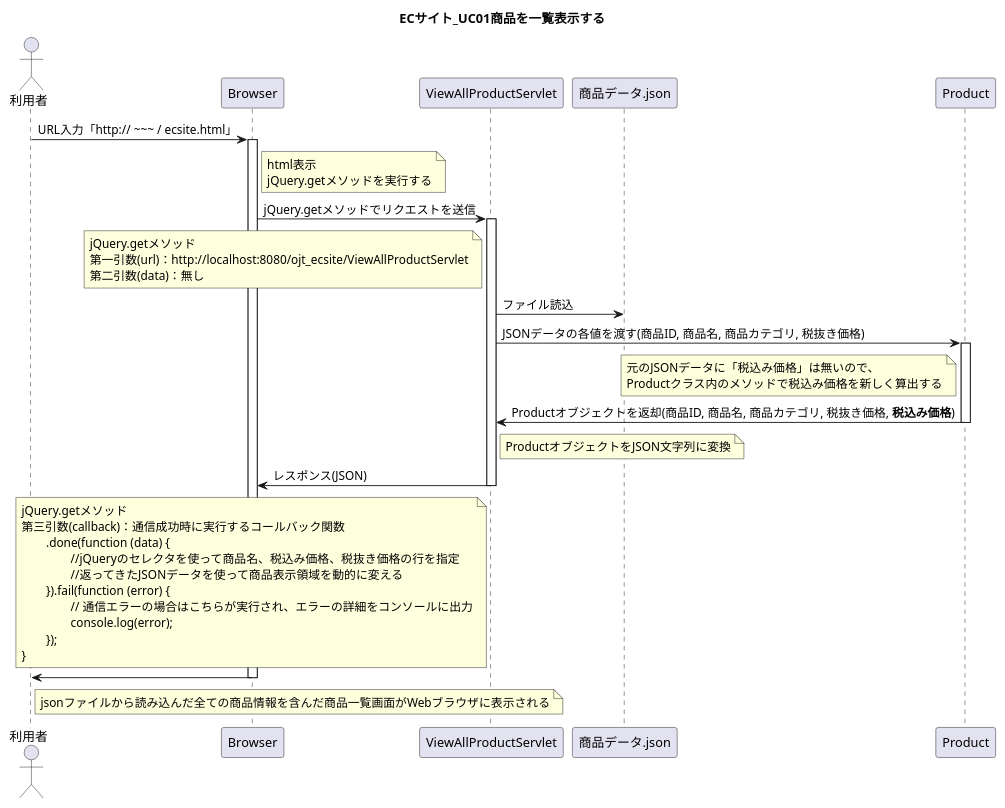
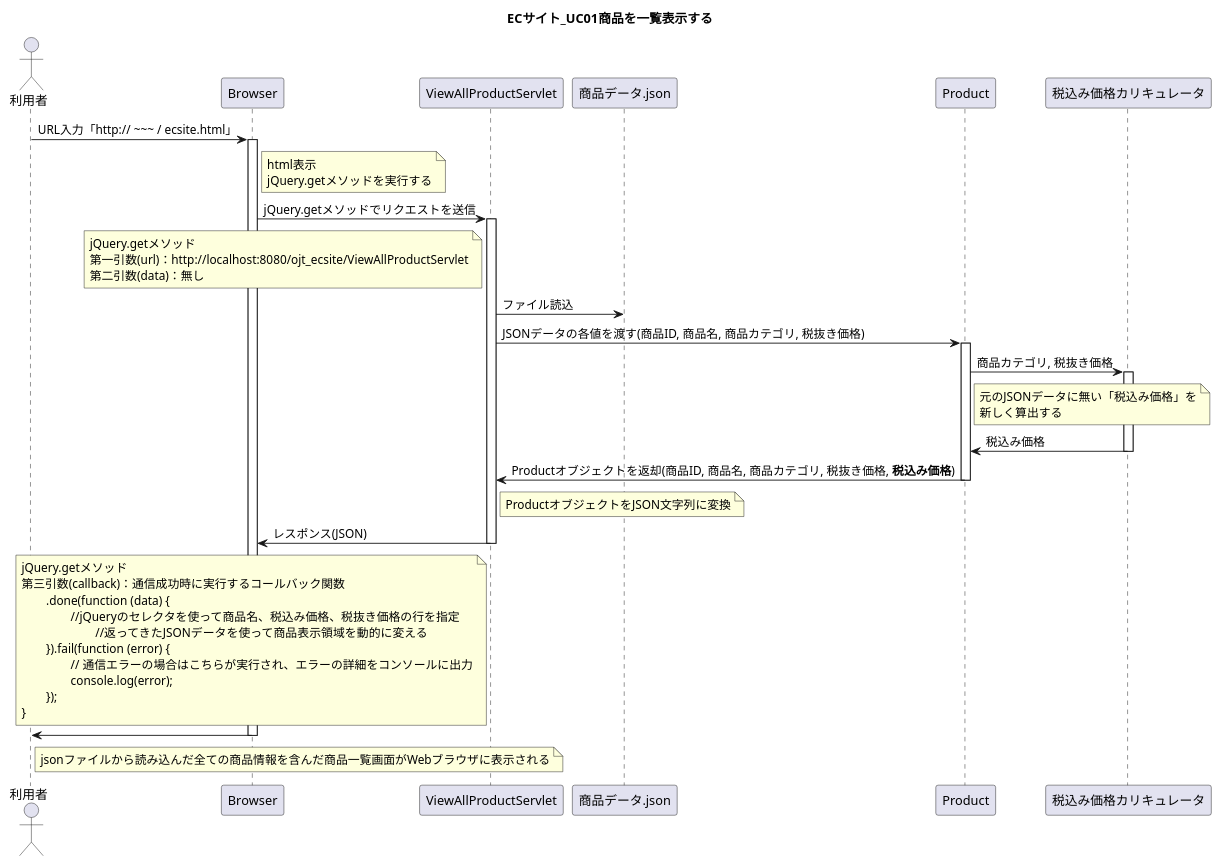
Before and after one commit to wnakayama/ojt_ecsite: the diagram in UML/Sequence01.puml, drawn with PlantUML. The commit also changed 3 other files, not shown here.

```diff
--- a/UML/Sequence01.puml
+++ b/UML/Sequence01.puml
@@ -1,63 +1,66 @@
 @startuml
 title ECサイト_UC01商品を一覧表示する
 
 actor 利用者
 
 利用者 -> Browser : URL入力「http:// ~~~ / ecsite.html」
 activate Browser
-note right of Browser
-html表示
-jQuery.getメソッドを実行する
-end note
+	note right of Browser
+	html表示
+	jQuery.getメソッドを実行する
+	end note
 
 Browser -> ViewAllProductServlet : jQuery.getメソッドでリクエストを送信
 activate ViewAllProductServlet
 
-note left of ViewAllProductServlet
-jQuery.getメソッド
-第一引数(url)：http://localhost:8080/ojt_ecsite/ViewAllProductServlet
-第二引数(data)：無し
-end note
+	note left of ViewAllProductServlet
+	jQuery.getメソッド
+	第一引数(url)：http://localhost:8080/ojt_ecsite/ViewAllProductServlet
+	第二引数(data)：無し
+	end note
 
 
 ViewAllProductServlet -> 商品データ.json : ファイル読込
 ViewAllProductServlet -> Product : JSONデータの各値を渡す(商品ID, 商品名, 商品カテゴリ, 税抜き価格)
 activate Product
+Product -> 税込み価格カリキュレータ : 商品カテゴリ, 税抜き価格
+activate 税込み価格カリキュレータ
 
+	note right of Product
+	元のJSONデータに無い「税込み価格」を
+	新しく算出する
+	end note
 
-note left of Product
-元のJSONデータに「税込み価格」は無いので、
-Productクラス内のメソッドで税込み価格を新しく算出する
-end note
+Product <- 税込み価格カリキュレータ : 税込み価格
+deactivate 税込み価格カリキュレータ
 ViewAllProductServlet <- Product : Productオブジェクトを返却(商品ID, 商品名, 商品カテゴリ, 税抜き価格, **税込み価格**)
-
 deactivate Product
 
-note right of ViewAllProductServlet
-ProductオブジェクトをJSON文字列に変換
-end note
-Browser <- ViewAllProductServlet : レスポンス(JSON)
+	note right of ViewAllProductServlet
+	ProductオブジェクトをJSON文字列に変換
+	end note
+	Browser <- ViewAllProductServlet : レスポンス(JSON)
 
-note left of ViewAllProductServlet
-jQuery.getメソッド
-第三引数(callback)：通信成功時に実行するコールバック関数
-	.done(function (data) {
-		//jQueryのセレクタを使って商品名、税込み価格、税抜き価格の行を指定
-    		//返ってきたJSONデータを使って商品表示領域を動的に変える
-	}).fail(function (error) {
-		// 通信エラーの場合はこちらが実行され、エラーの詳細をコンソールに出力
-		console.log(error);
-	});
-}
-end note
+	note left of ViewAllProductServlet
+	jQuery.getメソッド
+	第三引数(callback)：通信成功時に実行するコールバック関数
+		.done(function (data) {
+			//jQueryのセレクタを使って商品名、税込み価格、税抜き価格の行を指定
+				//返ってきたJSONデータを使って商品表示領域を動的に変える
+		}).fail(function (error) {
+			// 通信エラーの場合はこちらが実行され、エラーの詳細をコンソールに出力
+			console.log(error);
+		});
+	}
+	end note
 
 deactivate ViewAllProductServlet
 
 利用者 <- Browser
-note right of 利用者
-jsonファイルから読み込んだ全ての商品情報を含んだ商品一覧画面がWebブラウザに表示される
-end note
+	note right of 利用者
+	jsonファイルから読み込んだ全ての商品情報を含んだ商品一覧画面がWebブラウザに表示される
+	end note
 
 deactivate Browser
 
 @enduml
```
